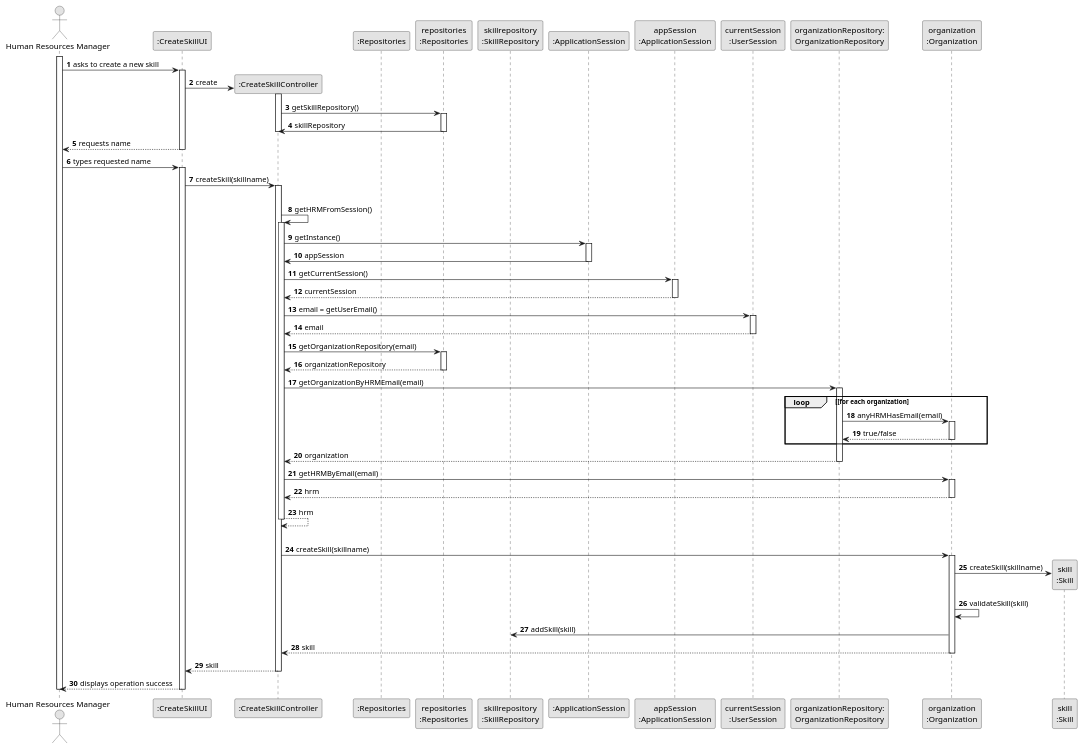
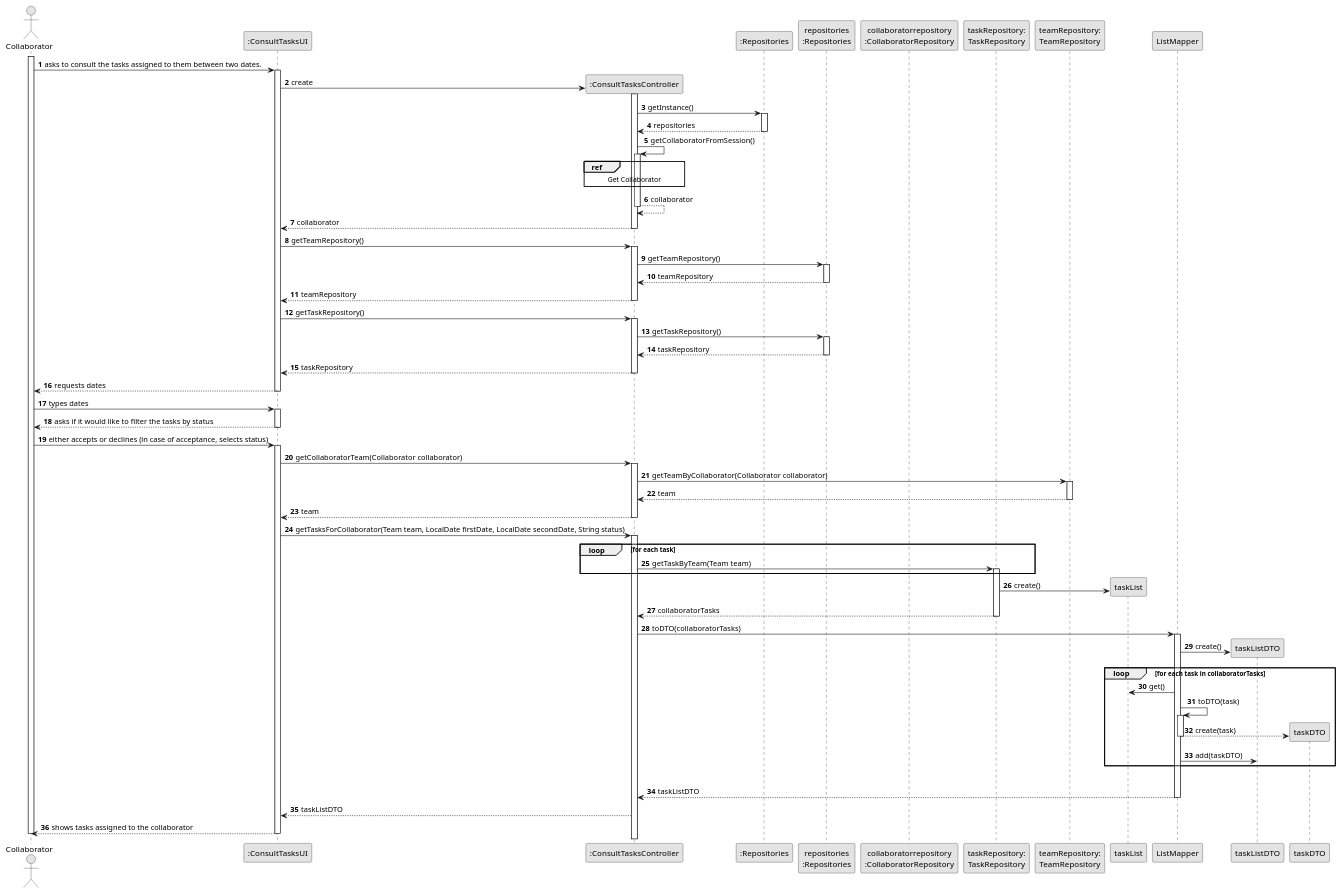
Before and after one commit to tiagosoa/lei-24-s2-1dgh-g073: the diagram in docs/sprint3/us028/03.design/puml/us001-sequence-diagram-full.puml, drawn with PlantUML. The commit also changed 20 other files, not shown here.

```diff
--- a/docs/sprint3/us028/03.design/puml/us001-sequence-diagram-full.puml
+++ b/docs/sprint3/us028/03.design/puml/us001-sequence-diagram-full.puml
@@ -1,123 +1,150 @@
 @startuml
 skinparam monochrome true
 skinparam packageStyle rectangle
 skinparam shadowing false
 
 autonumber
 
 'hide footbox
-actor "Human Resources Manager" as ADM
-participant ":CreateSkillUI" as UI
-participant ":CreateSkillController" as CTRL
+actor "Collaborator" as ADM
+participant ":ConsultTasksUI" as UI
+participant ":ConsultTasksController" as CTRL
 participant ":Repositories" as RepositorySingleton
 participant "repositories\n:Repositories" as PLAT
-participant "skillrepository\n:SkillRepository" as SR
-participant ":ApplicationSession" as _APP
-participant "appSession\n:ApplicationSession" as APP
-participant "currentSession\n:UserSession" as SESSAO
-participant "organizationRepository:\nOrganizationRepository" as OrganizationRepository
-participant "organization\n:Organization" as ORG
-participant "skill\n:Skill" as HABILIDADE
+participant "collaboratorrepository\n:CollaboratorRepository" as CR
+participant "taskRepository:\nTaskRepository" as TAR
+participant "teamRepository:\nTeamRepository" as TER
+participant "taskList" as TL
+participant "ListMapper" as LM
+participant "taskListDTO" as TLDTO
+participant "taskDTO" as TDTO
+
 
 activate ADM
 
-        ADM -> UI : asks to create a new skill
+        ADM -> UI : asks to consult the tasks assigned to them between two dates.
 
         activate UI
 
-'            UI --> ADM : requests data (name)
+'            UI --> ADM : requests data (reference, description,  informal \n description, technical description, duration, cost)
             'create CTRL
             UI -> CTRL** : create
-
             activate CTRL
 
-                 CTRL -> PLAT : getSkillRepository()
-                         activate PLAT
+                                  CTRL -> RepositorySingleton : getInstance()
+                                                    activate RepositorySingleton
 
-                     PLAT -> CTRL : skillRepository
-                     deactivate PLAT
-    deactivate CTRL
-    UI --> ADM : requests name
-    deactivate UI
+                                                        RepositorySingleton --> CTRL: repositories
+                                                    deactivate RepositorySingleton
 
-    ADM -> UI : types requested name
-    activate UI
+                                                     CTRL -> CTRL : getCollaboratorFromSession()
+                                                     activate CTRL
 
-        UI -> CTRL : createSkill(skillname)
+                                                     ref over CTRL
+                                                     Get Collaborator
+                                                     end
+
+                                                         CTRL --> CTRL : collaborator
+                                                     deactivate CTRL
+
+                                                     CTRL --> UI : collaborator
+                                                     deactivate CTRL
+
+            UI -> CTRL : getTeamRepository()
+            activate CTRL
+
+                CTRL -> PLAT : getTeamRepository()
+                activate PLAT
+
+           PLAT --> CTRL : teamRepository
+           deactivate PLAT
+
+           CTRL --> UI : teamRepository
+           deactivate CTRL
+
+                       UI -> CTRL : getTaskRepository()
+                       activate CTRL
+
+                           CTRL -> PLAT : getTaskRepository()
+                           activate PLAT
+
+                      PLAT --> CTRL : taskRepository
+                      deactivate PLAT
+
+                      CTRL --> UI : taskRepository
+                      deactivate CTRL
+
+        UI --> ADM: requests dates
+        deactivate UI
+
+        ADM -> UI: types dates
+        activate UI
+
+                UI --> ADM: asks if it would like to filter the tasks by status
+                deactivate UI
+
+                ADM -> UI: either accepts or declines (in case of acceptance, selects status)
+                activate UI
+
+
+
+
+
+
+        UI -> CTRL : getCollaboratorTeam(Collaborator collaborator)
         activate CTRL
 
-            |||
-            CTRL -> CTRL : getHRMFromSession()
-            activate CTRL
+        CTRL -> TER : getTeamByCollaborator(Collaborator collaborator)
+        activate TER
 
-                CTRL -> _APP: getInstance()
-                activate _APP
-                    _APP -> CTRL: appSession
-                deactivate _APP
+        TER --> CTRL : team
+        deactivate TER
+
+        CTRL --> UI : team
+        deactivate CTRL
+        UI -> CTRL : getTasksForCollaborator(Team team, LocalDate firstDate, LocalDate secondDate, String status)
+         activate CTRL
+            loop for each task
+                CTRL -> TAR : getTaskByTeam(Team team)
+                activate TAR
+            end
+
+            TAR -> TL**: create()
+
+            TAR --> CTRL: collaboratorTasks
+            deactivate TAR
+
+            CTRL -> LM: toDTO(collaboratorTasks)
+            activate LM
+
+            LM -> TLDTO**: create()
+
+            loop for each task in collaboratorTasks
+
+            LM -> TL: get()
+
+            LM -> LM: toDTO(task)
+            activate LM
+
+            LM --> TDTO**: create(task)
+            deactivate LM
+
+            LM -> TLDTO: add(taskDTO)
+            end
 
 
-                CTRL -> APP: getCurrentSession()
-                activate APP
-
-                    APP --> CTRL: currentSession
-                deactivate APP
-
-                CTRL -> SESSAO: email = getUserEmail()
-                activate SESSAO
-
-                    SESSAO --> CTRL: email
-                deactivate SESSAO
-
-
-                CTRL -> PLAT: getOrganizationRepository(email)
-                activate PLAT
-
-                    PLAT --> CTRL: organizationRepository
-                deactivate PLAT
-
-
-                CTRL -> OrganizationRepository: getOrganizationByHRMEmail(email)
-                activate OrganizationRepository
-
-                    loop [for each organization
-                        OrganizationRepository -> ORG : anyHRMHasEmail(email)
-                        activate ORG
-
-                             ORG --> OrganizationRepository : true/false
-                        deactivate ORG
-                    end
-                    OrganizationRepository --> CTRL : organization
-                deactivate OrganizationRepository
-
-                CTRL -> ORG: getHRMByEmail(email)
-                activate ORG
-
-                    ORG --> CTRL : hrm
-                deactivate ORG
-
-                CTRL --> CTRL : hrm
-            deactivate CTRL
 
             |||
-            CTRL -> ORG: createSkill(skillname)
-            activate ORG
 
-                ORG -> HABILIDADE**: createSkill(skillname)
+                LM --> CTRL : taskListDTO
 
-                ORG -> ORG: validateSkill(skill)
+            deactivate LM
 
-                ORG -> SR: addSkill(skill)
+            CTRL --> UI : taskListDTO
 
-
-                ORG --> CTRL : skill
-
-            deactivate ORG
-
-            CTRL --> UI: skill
-            deactivate CTRL
-            UI --> ADM: displays operation success
+            UI --> ADM: shows tasks assigned to the collaborator
     deactivate UI
 
 deactivate ADM
 
 @enduml
```
